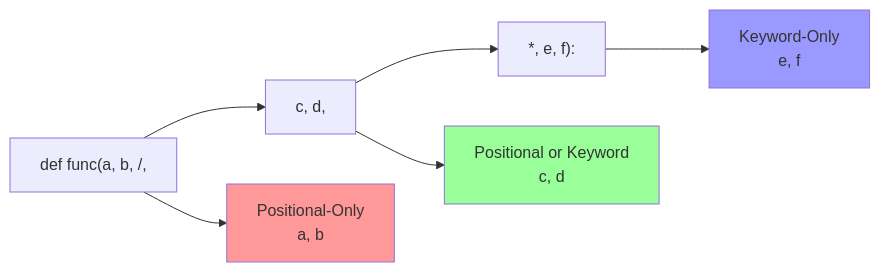
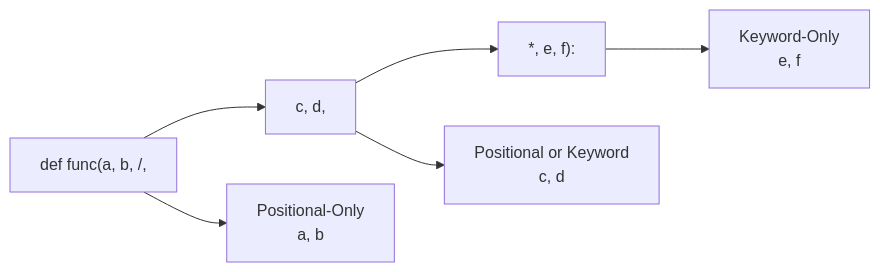
The sixth of 9 diagrams in DEF.md (BasharAlwarad/Software_Engineering_course), drawn with Mermaid before and after one commit. The commit also changed other lines of this file and 1 other file, not shown here.

````diff
--- a/DEF.md
+++ b/DEF.md
@@ -764,13 +759,10 @@
 ```mermaid
 graph LR
     A["def func(a, b, /,"] --> B["c, d,"]
     B --> C["*, e, f):"]
 
     A --> A1["Positional-Only<br/>a, b"]
     B --> B1["Positional or Keyword<br/>c, d"]
     C --> C1["Keyword-Only<br/>e, f"]
 
-    style A1 fill:#f99
-    style B1 fill:#9f9
-    style C1 fill:#99f
 ```
````
